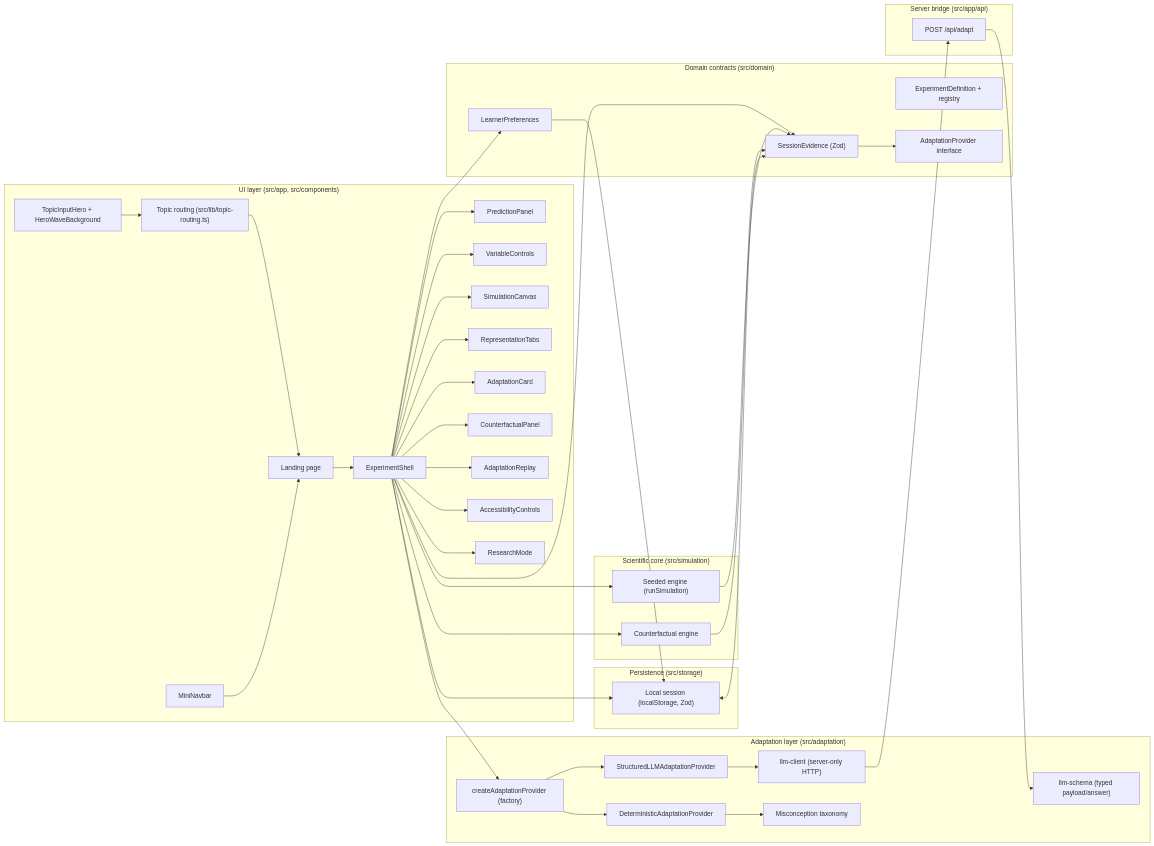
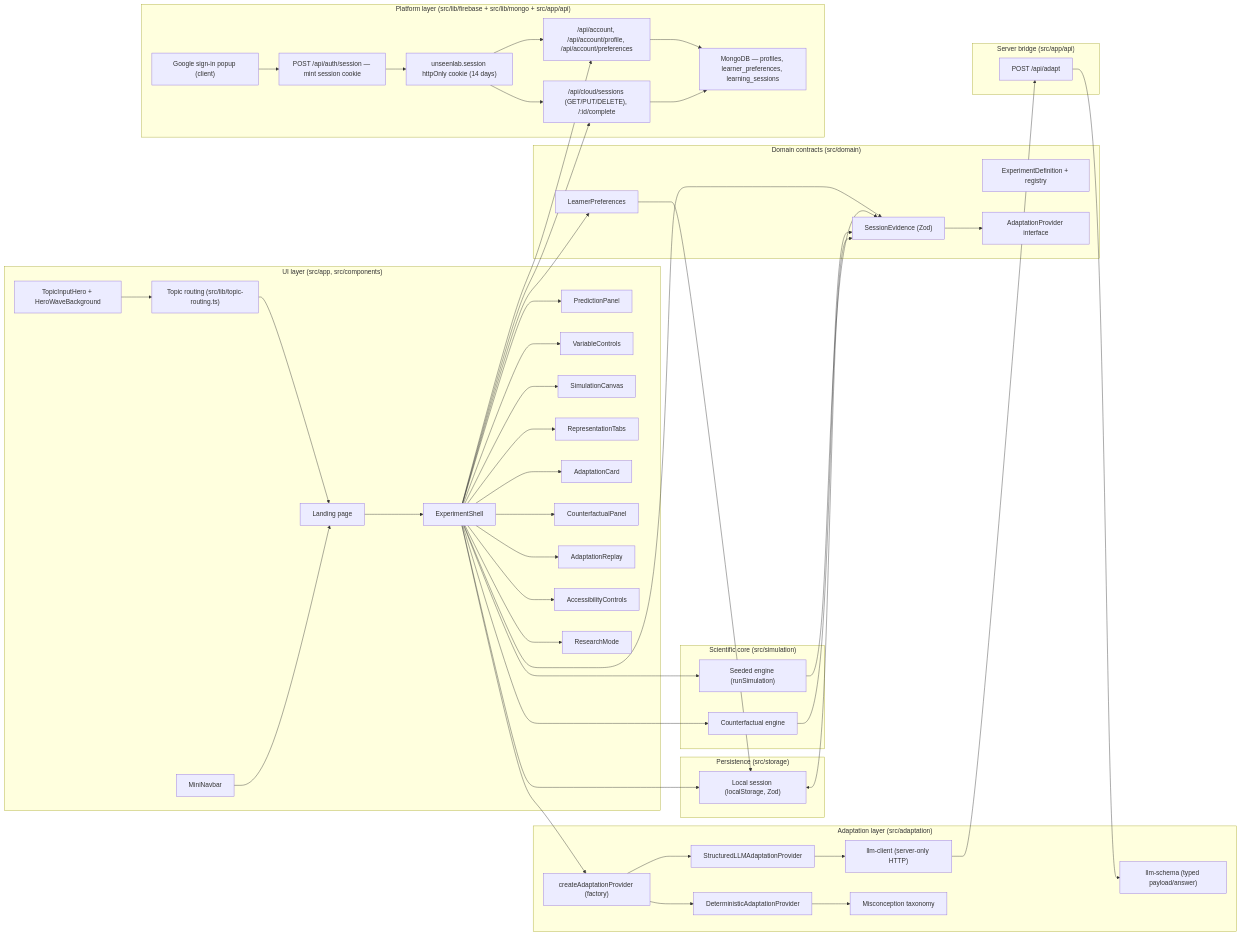
One commit to saiaathish/UnseenLab changed the diagram in docs/architecture.md. Above: the diagram before and after it, drawn with Mermaid. The commit also changed other lines of this file and 80 other files, not shown here.

First line of the commit message:
feat: replace Supabase platform layer with Firebase Auth + MongoDB

````diff
--- a/docs/architecture.md
+++ b/docs/architecture.md
@@ -5,63 +5,77 @@
 ```mermaid
 flowchart LR
     subgraph UI ["UI layer (src/app, src/components)"]
         Hero["TopicInputHero + HeroWaveBackground"]
         MiniNav["MiniNavbar"]
         Routing["Topic routing (src/lib/topic-routing.ts)"]
         Landing["Landing page"]
         Shell["ExperimentShell"]
         Prediction["PredictionPanel"]
         Vars["VariableControls"]
         Canvas["SimulationCanvas"]
         Tabs["RepresentationTabs"]
         AdaptCard["AdaptationCard"]
         CF["CounterfactualPanel"]
         Replay["AdaptationReplay"]
         A11y["AccessibilityControls"]
         Research["ResearchMode"]
     end
 
     subgraph Domain ["Domain contracts (src/domain)"]
         Exps["ExperimentDefinition + registry"]
         Learner["LearnerPreferences"]
         Evidence["SessionEvidence (Zod)"]
         AdaptContract["AdaptationProvider interface"]
     end
 
     subgraph Sim ["Scientific core (src/simulation)"]
         Engine["Seeded engine (runSimulation)"]
         CFEngine["Counterfactual engine"]
     end
 
     subgraph Adapt ["Adaptation layer (src/adaptation)"]
         Factory["createAdaptationProvider (factory)"]
         DetProv["DeterministicAdaptationProvider"]
         LLMProv["StructuredLLMAdaptationProvider"]
         LLMClient["llm-client (server-only HTTP)"]
         Schema["llm-schema (typed payload/answer)"]
         Tax["Misconception taxonomy"]
     end
 
     subgraph Bridge ["Server bridge (src/app/api)"]
         AdaptRoute["POST /api/adapt"]
     end
 
     subgraph Store ["Persistence (src/storage)"]
         Session["Local session (localStorage, Zod)"]
     end
 
+    subgraph Platform ["Platform layer (src/lib/firebase + src/lib/mongo + src/app/api)"]
+        SignIn["Google sign-in popup (client)"]
+        SessionRoute["POST /api/auth/session — mint session cookie"]
+        Cookie["unseenlab.session httpOnly cookie (14 days)"]
+        AccountApi["/api/account, /api/account/profile, /api/account/preferences"]
+        CloudApi["/api/cloud/sessions (GET/PUT/DELETE), /:id/complete"]
+        Mongo["MongoDB — profiles, learner_preferences, learning_sessions"]
+    end
+
     Hero --> Routing --> Landing
     MiniNav --> Landing
     Landing --> Shell
     Shell --> Prediction & Vars & Canvas & Tabs & AdaptCard & CF & Replay & A11y & Research
     Shell --> Evidence
     Evidence --> AdaptContract
     Shell --> Engine --> Evidence
     Shell --> CFEngine --> Evidence
     Shell --> Factory
     Factory --> DetProv --> Tax
     Factory --> LLMProv
     LLMProv --> LLMClient --> AdaptRoute --> Schema
     Shell --> Session <--> Evidence
     Shell --> Learner --> Session
+    SignIn --> SessionRoute --> Cookie
+    Shell --> AccountApi --> Mongo
+    Shell --> CloudApi --> Mongo
+    Cookie --> AccountApi
+    Cookie --> CloudApi
 ```
````
